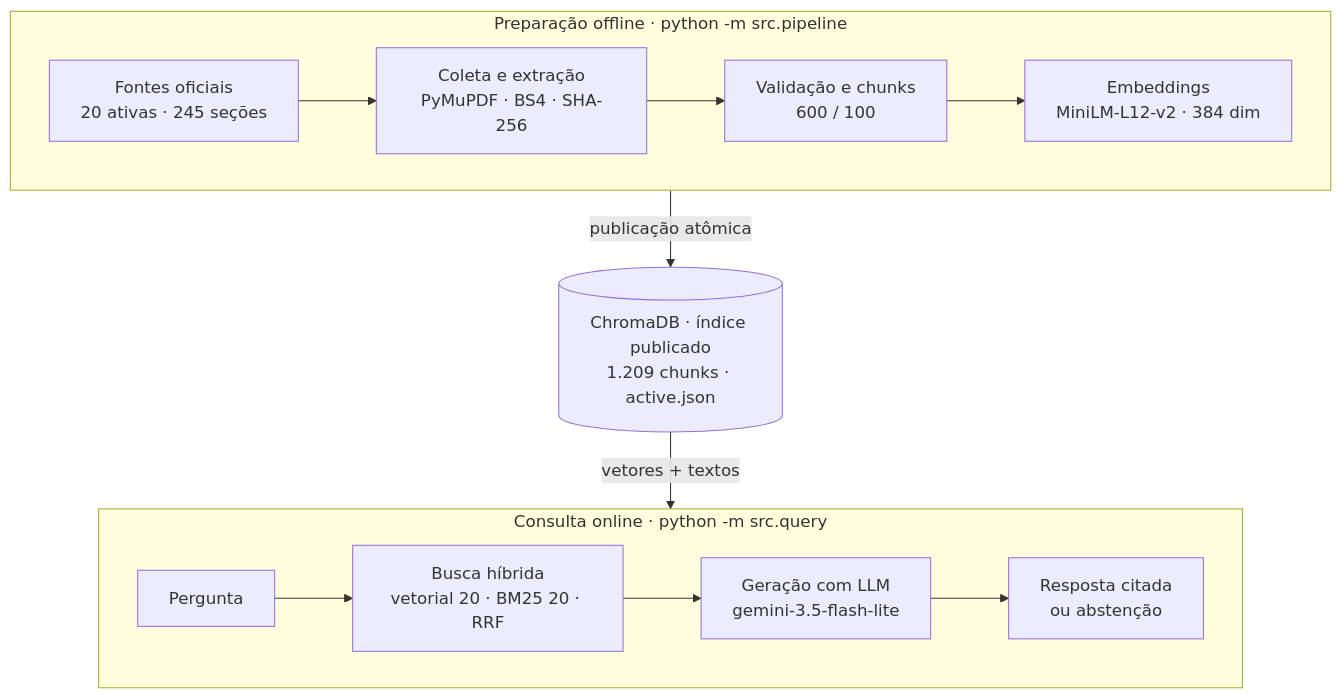
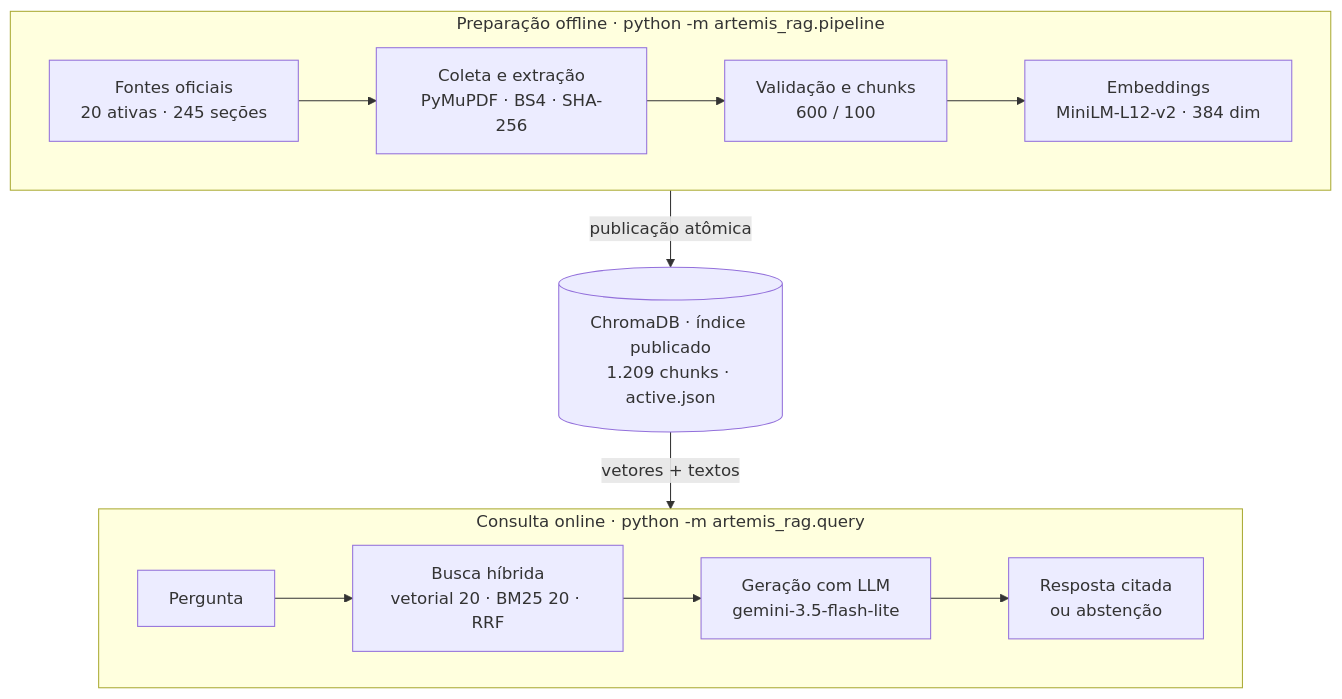
One commit to ArtemisHubApp/artemishub_docs changed the diagram in docs/arquitetura/rag.md. Above: the diagram before and after it, drawn with Mermaid. The commit also changed other lines of this file and 4 other files, not shown here.

Commit message:
docs: comandos e API do RAG passam a ser artemis_rag (#30)

````diff
--- a/docs/arquitetura/rag.md
+++ b/docs/arquitetura/rag.md
@@ -44,17 +44,17 @@
 ```mermaid
 flowchart TB
-    subgraph OFF["Preparação offline · python -m src.pipeline"]
+    subgraph OFF["Preparação offline · python -m artemis_rag.pipeline"]
         direction LR
         S[Fontes oficiais<br/>20 ativas · 245 seções] --> C[Coleta e extração<br/>PyMuPDF · BS4 · SHA-256]
         C --> V[Validação e chunks<br/>600 / 100]
         V --> E[Embeddings<br/>MiniLM-L12-v2 · 384 dim]
     end
     E -- publicação atômica --> DB[(ChromaDB · índice publicado<br/>1.209 chunks · active.json)]
     DB -- vetores + textos --> B
-    subgraph ON["Consulta online · python -m src.query"]
+    subgraph ON["Consulta online · python -m artemis_rag.query"]
         direction LR
         P[Pergunta] --> B[Busca híbrida<br/>vetorial 20 · BM25 20 · RRF]
         B --> L[Geração com LLM<br/>gemini-3.5-flash-lite]
         L --> R[Resposta citada<br/>ou abstenção]
     end
 ```
````
